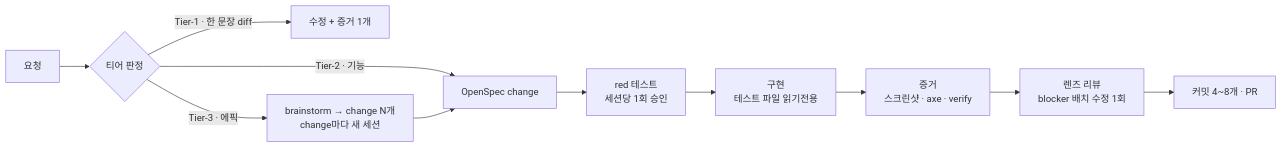
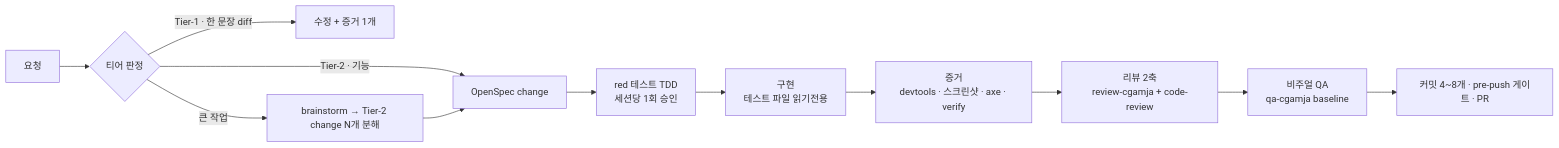
The diagram in README.md (cgamja/cgamja-plugin), drawn with Mermaid before and after one commit. The commit also changed other lines of this file and 16 other files, not shown here.

First line of the commit message:
refactor: 구 test-fe·review-fe·렌즈 에이전트 6종·관련 references 삭제, 잔여 참조·README·plugin.json·회귀 테스트 v2 갱신

````diff
--- a/README.md
+++ b/README.md
@@ -54,13 +58,14 @@
 ```mermaid
 flowchart LR
     A[요청] --> B{티어 판정}
     B -->|"Tier-1 · 한 문장 diff"| C[수정 + 증거 1개]
     B -->|"Tier-2 · 기능"| D[OpenSpec change]
-    B -->|"Tier-3 · 에픽"| E[brainstorm → change N개<br/>change마다 새 세션]
-    D --> F[red 테스트<br/>세션당 1회 승인]
+    B -->|"큰 작업"| E[brainstorm → Tier-2 change N개 분해]
+    D --> F[red 테스트 TDD<br/>세션당 1회 승인]
     F --> G[구현<br/>테스트 파일 읽기전용]
-    G --> H[증거<br/>스크린샷 · axe · verify]
-    H --> I[렌즈 리뷰<br/>blocker 배치 수정 1회]
-    I --> J[커밋 4~8개 · PR]
+    G --> H[증거<br/>devtools · 스크린샷 · axe · verify]
+    H --> I[리뷰 2축<br/>review-cgamja + code-review]
+    I --> K[비주얼 QA<br/>qa-cgamja baseline]
+    K --> J[커밋 4~8개 · pre-push 게이트 · PR]
     E --> D
 ```
````
